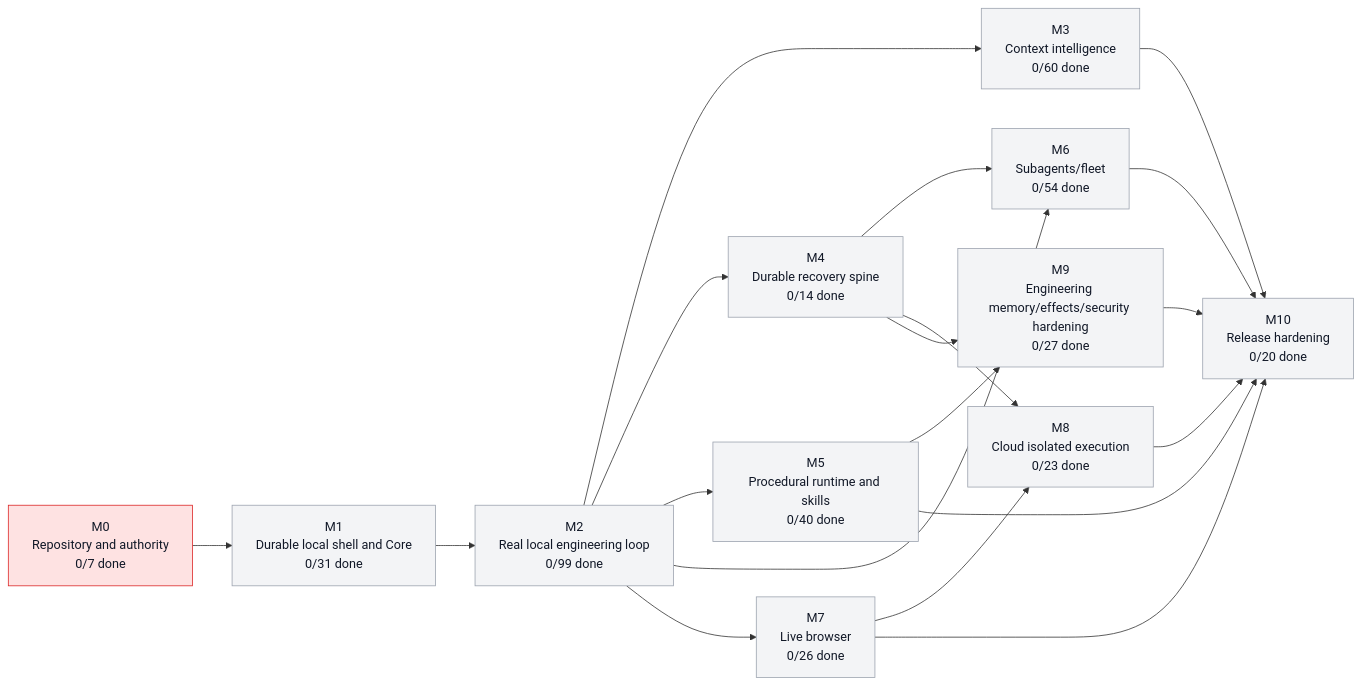
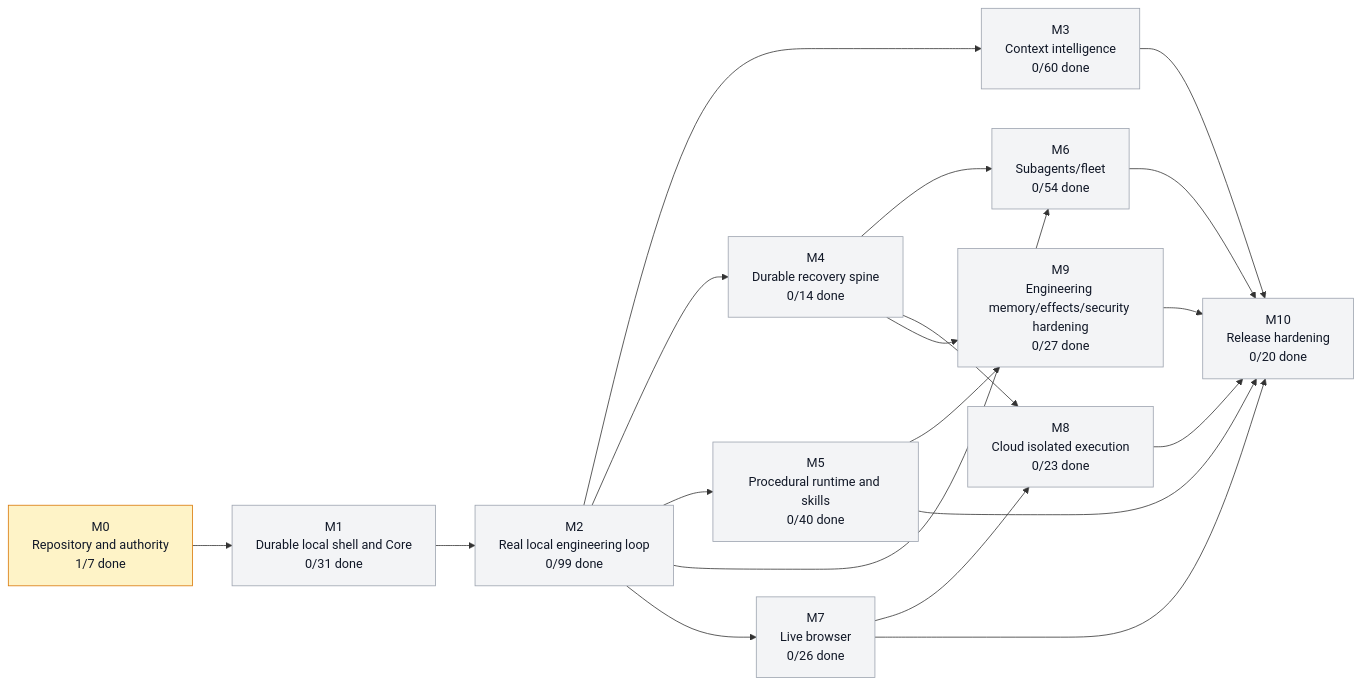
Before and after one commit to moss101/modbit: the first of 5 diagrams in graph/PROJECT_GRAPH.md, drawn with Mermaid. The commit also changed other lines of this file and 8 other files, not shown here.

````diff
--- a/graph/PROJECT_GRAPH.md
+++ b/graph/PROJECT_GRAPH.md
@@ -57,43 +57,43 @@
 ```mermaid
 flowchart LR
-  M0["M0<br/>Repository and authority<br/>0/7 done"]
+  M0["M0<br/>Repository and authority<br/>1/7 done"]
   M1["M1<br/>Durable local shell and Core<br/>0/31 done"]
   M2["M2<br/>Real local engineering loop<br/>0/99 done"]
   M3["M3<br/>Context intelligence<br/>0/60 done"]
   M4["M4<br/>Durable recovery spine<br/>0/14 done"]
   M5["M5<br/>Procedural runtime and skills<br/>0/40 done"]
   M6["M6<br/>Subagents/fleet<br/>0/54 done"]
   M7["M7<br/>Live browser<br/>0/26 done"]
   M8["M8<br/>Cloud isolated execution<br/>0/23 done"]
   M9["M9<br/>Engineering memory/effects/security hardening<br/>0/27 done"]
   M10["M10<br/>Release hardening<br/>0/20 done"]
   M0 --> M1
   M1 --> M2
   M2 --> M3
   M2 --> M4
   M2 --> M5
   M2 --> M6
   M4 --> M6
   M2 --> M7
   M4 --> M8
   M7 --> M8
   M4 --> M9
   M5 --> M9
   M3 --> M10
   M5 --> M10
   M6 --> M10
   M7 --> M10
   M8 --> M10
   M9 --> M10
-  style M0 fill:#fee2e2,stroke:#dc2626,color:#111827
+  style M0 fill:#fef3c7,stroke:#d97706,color:#111827
   style M1 fill:#f3f4f6,stroke:#9ca3af,color:#111827
   style M2 fill:#f3f4f6,stroke:#9ca3af,color:#111827
   style M3 fill:#f3f4f6,stroke:#9ca3af,color:#111827
   style M4 fill:#f3f4f6,stroke:#9ca3af,color:#111827
   style M5 fill:#f3f4f6,stroke:#9ca3af,color:#111827
   style M6 fill:#f3f4f6,stroke:#9ca3af,color:#111827
   style M7 fill:#f3f4f6,stroke:#9ca3af,color:#111827
   style M8 fill:#f3f4f6,stroke:#9ca3af,color:#111827
   style M9 fill:#f3f4f6,stroke:#9ca3af,color:#111827
   style M10 fill:#f3f4f6,stroke:#9ca3af,color:#111827
 ```
````
